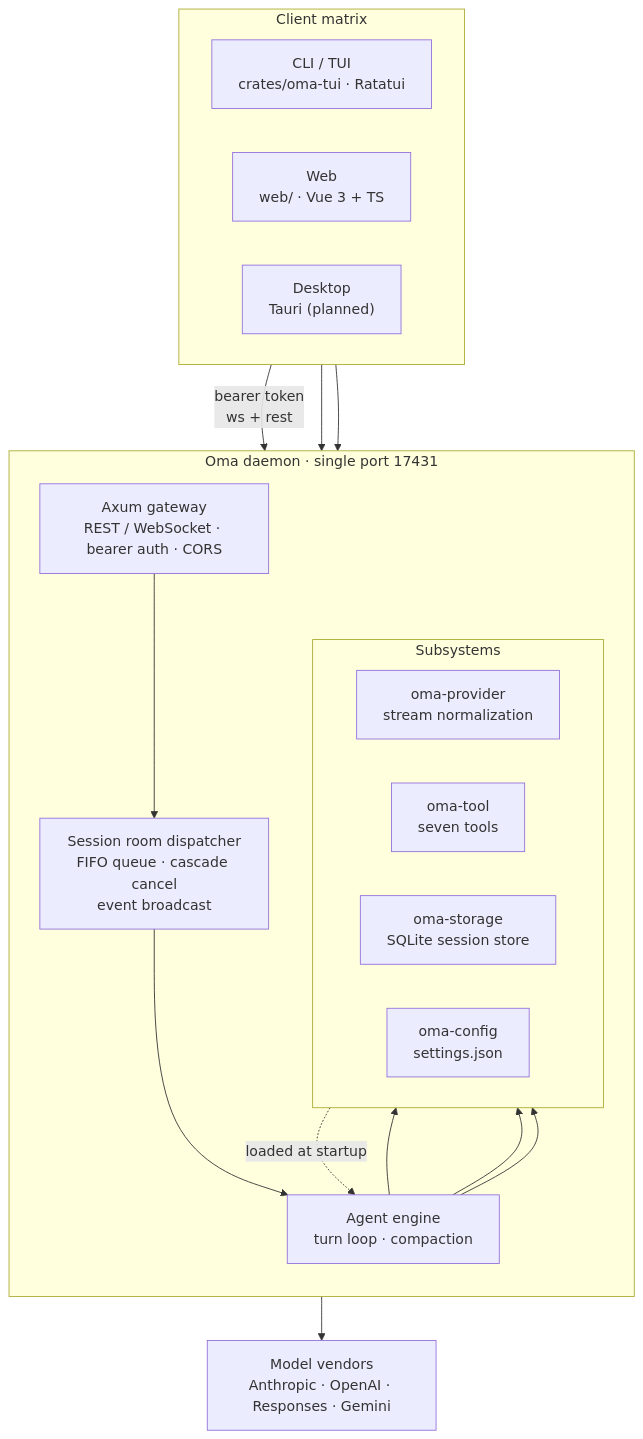
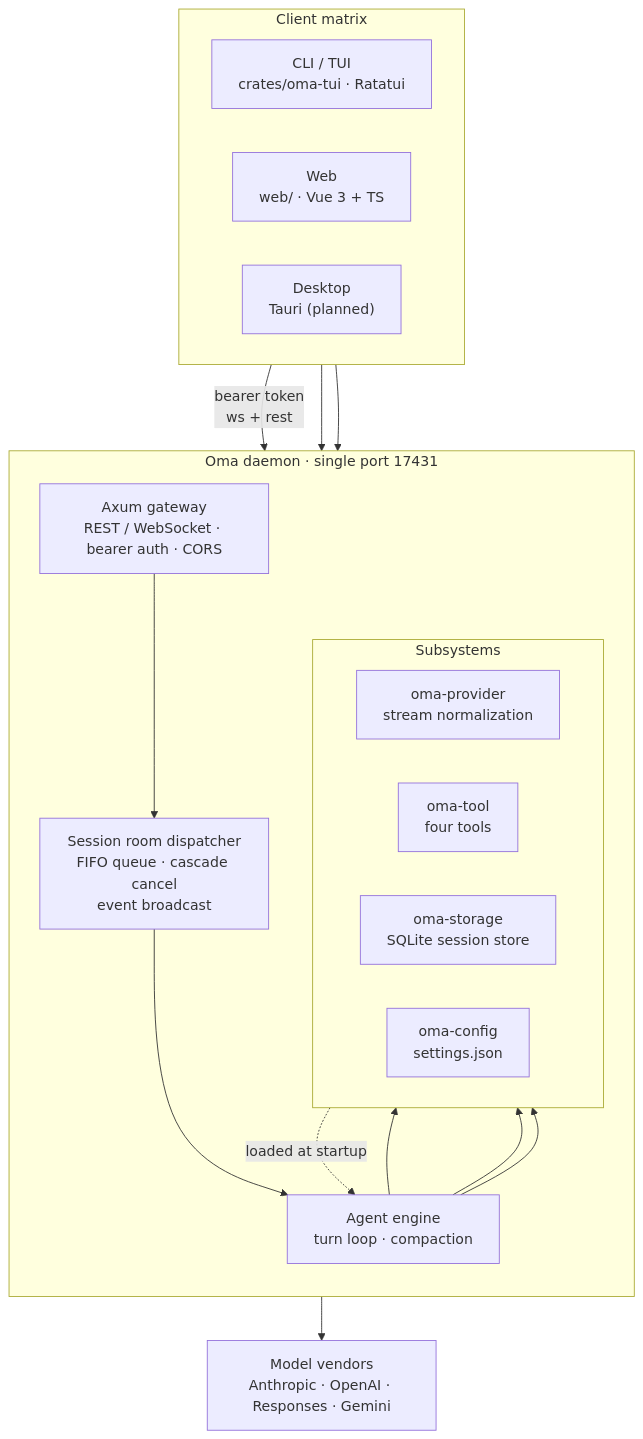
Before and after one commit to waittide/oma: the diagram in README.en.md, drawn with Mermaid. The commit also changed other lines of this file and 2 other files, not shown here.

````diff
--- a/README.en.md
+++ b/README.en.md
@@ -103,34 +105,34 @@
 ```mermaid
 flowchart TB
     subgraph Clients["Client matrix"]
         direction LR
         TUI["CLI / TUI<br/>crates/oma-tui · Ratatui"]
         WEB["Web<br/>web/ · Vue 3 + TS"]
         DESK["Desktop<br/>Tauri (planned)"]
     end
 
     subgraph Daemon["Oma daemon · single port 17431"]
         direction TB
         GW["Axum gateway<br/>REST / WebSocket · bearer auth · CORS"]
         ROOM["Session room dispatcher<br/>FIFO queue · cascade cancel<br/>event broadcast"]
         ENGINE["Agent engine<br/>turn loop · compaction"]
         subgraph Sub["Subsystems"]
             direction LR
             PROV["oma-provider<br/>stream normalization"]
-            TOOL["oma-tool<br/>seven tools"]
+            TOOL["oma-tool<br/>four tools"]
             STORE["oma-storage<br/>SQLite session store"]
             CONF["oma-config<br/>settings.json"]
         end
     end
 
     VENDORS["Model vendors<br/>Anthropic · OpenAI · Responses · Gemini"]
 
     TUI -->|"bearer token<br/>ws + rest"| GW
     WEB --> GW
     DESK --> GW
     GW --> ROOM --> ENGINE
     ENGINE --> PROV --> VENDORS
     ENGINE --> TOOL
     ENGINE --> STORE
     CONF -.->|"loaded at startup"| ENGINE
 ```
````
